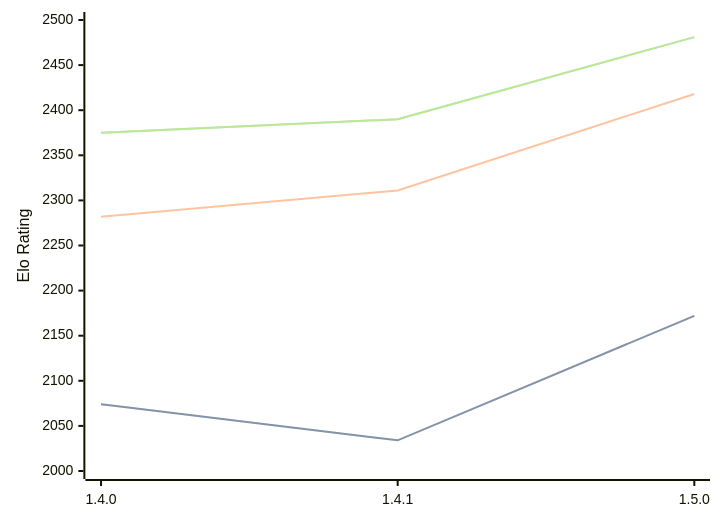
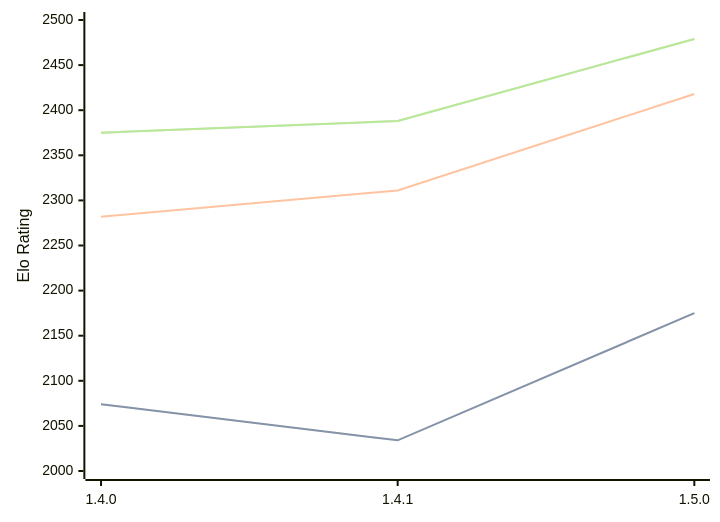
Before and after one commit to computer-chess-index/cci: the third of 3 diagrams in engines/Tofiks.md, drawn with Mermaid. The commit also changed other lines of this file, not shown here.

Commit message:
Update CCI Ratings (ELO VLTC) - 2026-06-30

````diff
--- a/engines/Tofiks.md
+++ b/engines/Tofiks.md
@@ -70,11 +70,11 @@
 ```mermaid
 %%{init: {"theme":"base","themeVariables":{"seriesColors:['#a3a3a3','#222221','#faa371']}}}%%
 xychart-beta
   x-axis ["1.4.0", "1.4.1", "1.5.0"]
   y-axis "Elo Rating" 2000 --> 2500
-  line "STC (8.0+0.08s)" [2074, 2034, 2172]
-  line "STC (8.0+0.08s)" [2074, 2034, 2172]
+  line "STC (8.0+0.08s)" [2074, 2034, 2175]
+  line "STC (8.0+0.08s)" [2074, 2034, 2175]
   line "LTC (60.0+0.60s)" [2282, 2311, 2418]
-  line "VLTC (2m24s+1.12s)" [2375, 2390, 2481]
-  line "VLTC (2m24s+1.12s)" [2375, 2390, 2481]
+  line "VLTC (2m24s+1.12s)" [2375, 2388, 2479]
+  line "VLTC (2m24s+1.12s)" [2375, 2388, 2479]
 ```
````
